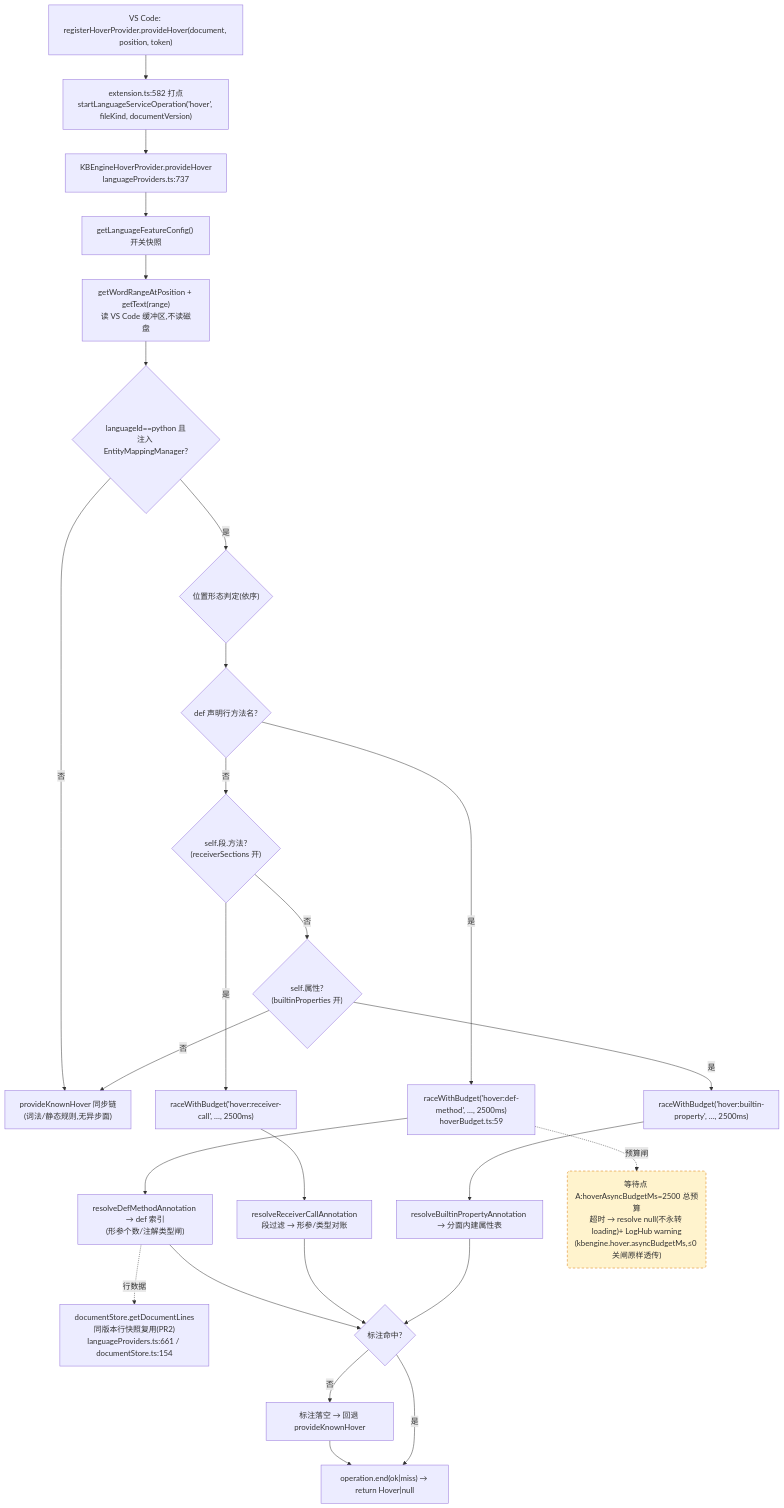
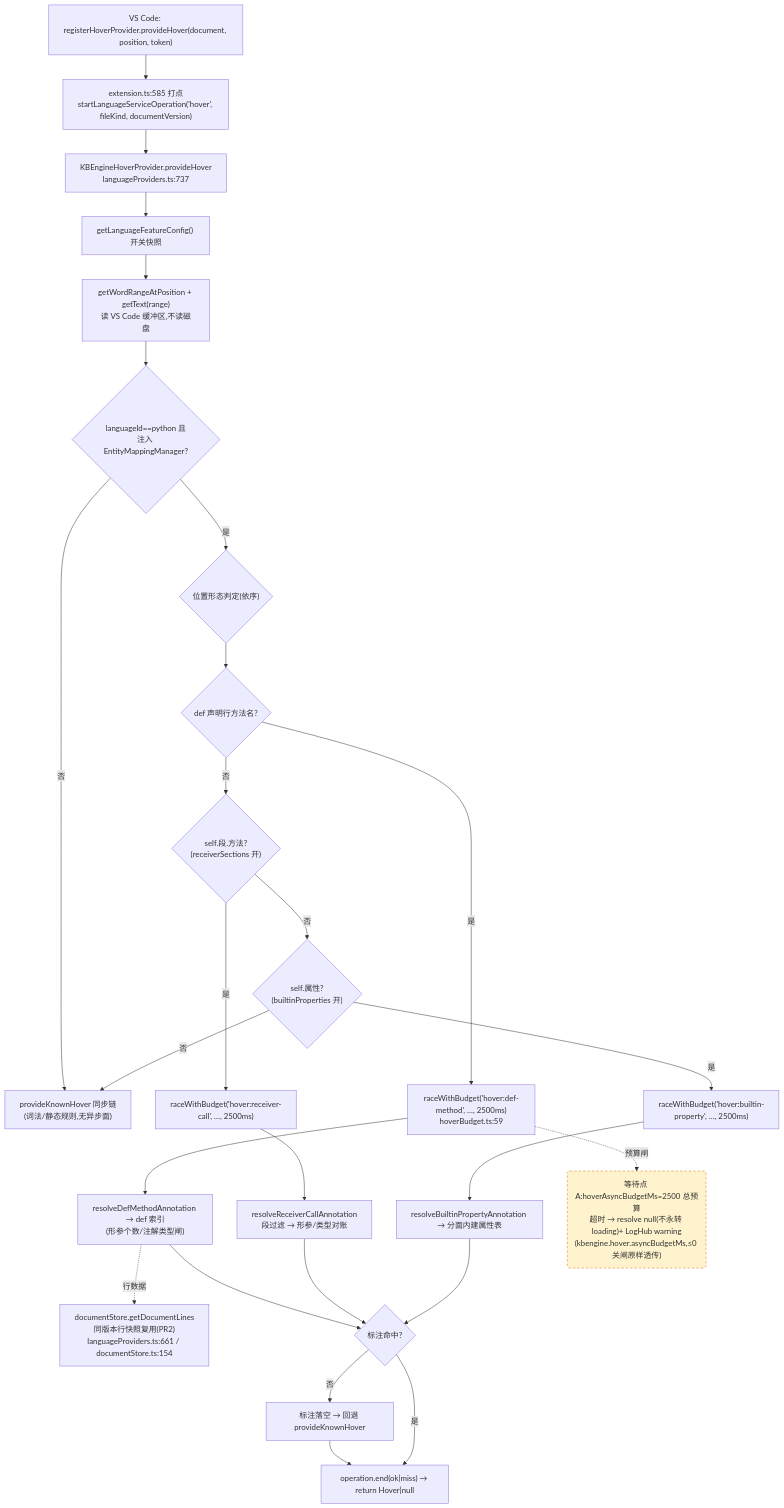
Before and after one commit to cuihairu/kode: the first of 4 diagrams in docs/perf/2026-baseline.md, drawn with Mermaid. The commit also changed other lines of this file and 4 other files, not shown here.

````diff
--- a/docs/perf/2026-baseline.md
+++ b/docs/perf/2026-baseline.md
@@ -82,45 +82,45 @@
 ```mermaid
 flowchart TD
   VC1["VS Code: registerHoverProvider.provideHover(document, position, token)"]
-  M1["extension.ts:582 打点<br/>startLanguageServiceOperation('hover', fileKind, documentVersion)"]
+  M1["extension.ts:585 打点<br/>startLanguageServiceOperation('hover', fileKind, documentVersion)"]
   HP["KBEngineHoverProvider.provideHover<br/>languageProviders.ts:737"]
   CFG["getLanguageFeatureConfig() 开关快照"]
   WORD["getWordRangeAtPosition + getText(range)<br/>读 VS Code 缓冲区,不读磁盘"]
   BR{"languageId==python 且<br/>注入 EntityMappingManager?"}
   KN["provideKnownHover 同步链<br/>(词法/静态规则,无异步面)"]
   POS{"位置形态判定(依序)"}
   D1{"def 声明行方法名?"}
   D2{"self.段.方法?<br/>(receiverSections 开)"}
   D3{"self.属性?<br/>(builtinProperties 开)"}
   RA1["raceWithBudget('hover:def-method', …, 2500ms)<br/>hoverBudget.ts:59"]
   RA2["raceWithBudget('hover:receiver-call', …, 2500ms)"]
   RA3["raceWithBudget('hover:builtin-property', …, 2500ms)"]
   RS1["resolveDefMethodAnnotation → def 索引<br/>(形参个数/注解类型闸)"]
   RS2["resolveReceiverCallAnnotation<br/>段过滤 → 形参/类型对账"]
   RS3["resolveBuiltinPropertyAnnotation → 分面内建属性表"]
   LINES["documentStore.getDocumentLines<br/>同版本行快照复用(PR2)<br/>languageProviders.ts:661 / documentStore.ts:154"]
   MISS["标注落空 → 回退 provideKnownHover"]
   END1["operation.end(ok|miss) → return Hover|null"]
 
   VC1 --> M1 --> HP --> CFG --> WORD --> BR
   BR -- "否" --> KN
   BR -- "是" --> POS --> D1
   D1 -- "是" --> RA1 --> RS1
   D1 -- "否" --> D2
   D2 -- "是" --> RA2 --> RS2
   D2 -- "否" --> D3
   D3 -- "是" --> RA3 --> RS3
   D3 -- "否" --> KN
   RS1 --> HIT{"标注命中?"}
   RS2 --> HIT
   RS3 --> HIT
   RS1 -.->|行数据| LINES
   HIT -- "否" --> MISS --> END1
   HIT -- "是" --> END1
 
   WAITA("等待点 A:hoverAsyncBudgetMs=2500 总预算<br/>超时 → resolve null(不永转 loading)+ LogHub warning<br/>(kbengine.hover.asyncBudgetMs,≤0 关闸原样透传)")
   RA1 -.->|预算闸| WAITA
 
   classDef waitPoint fill:#fff3cd,stroke:#d97706,stroke-dasharray:5 4;
   class WAITA waitPoint;
 ```
````
